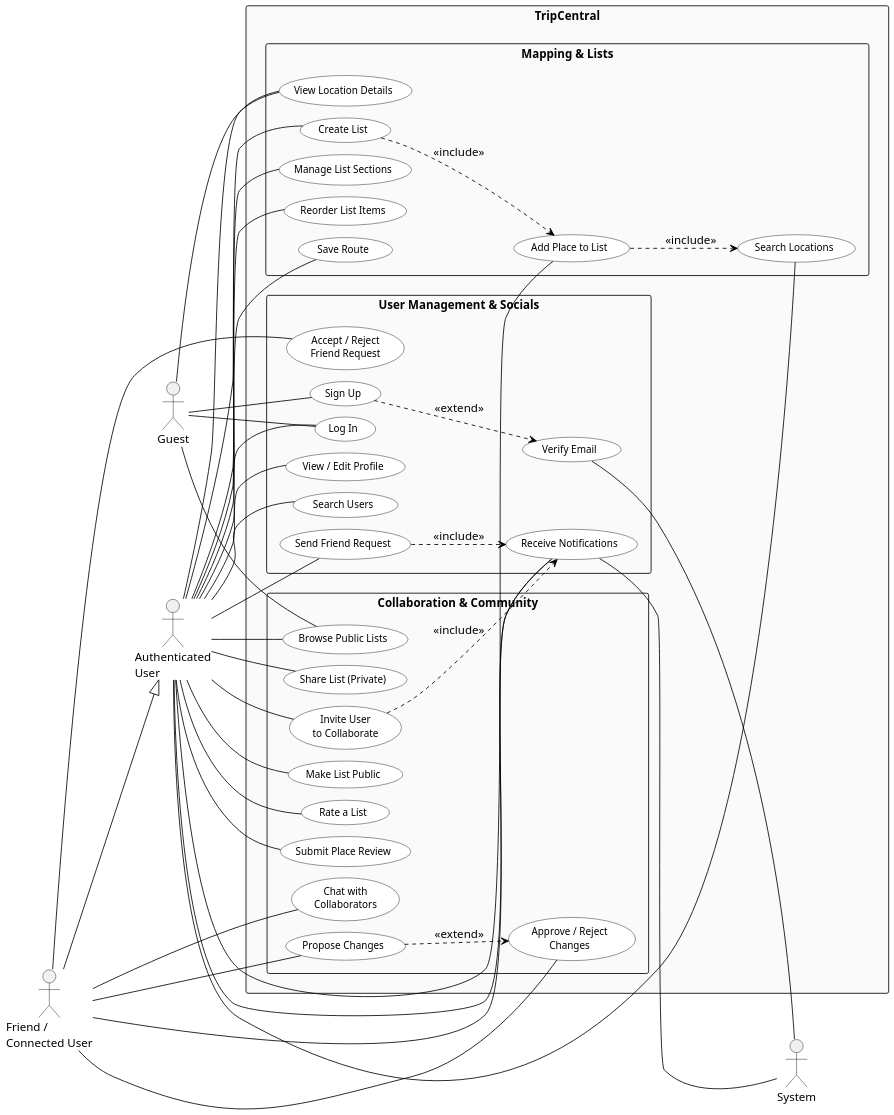
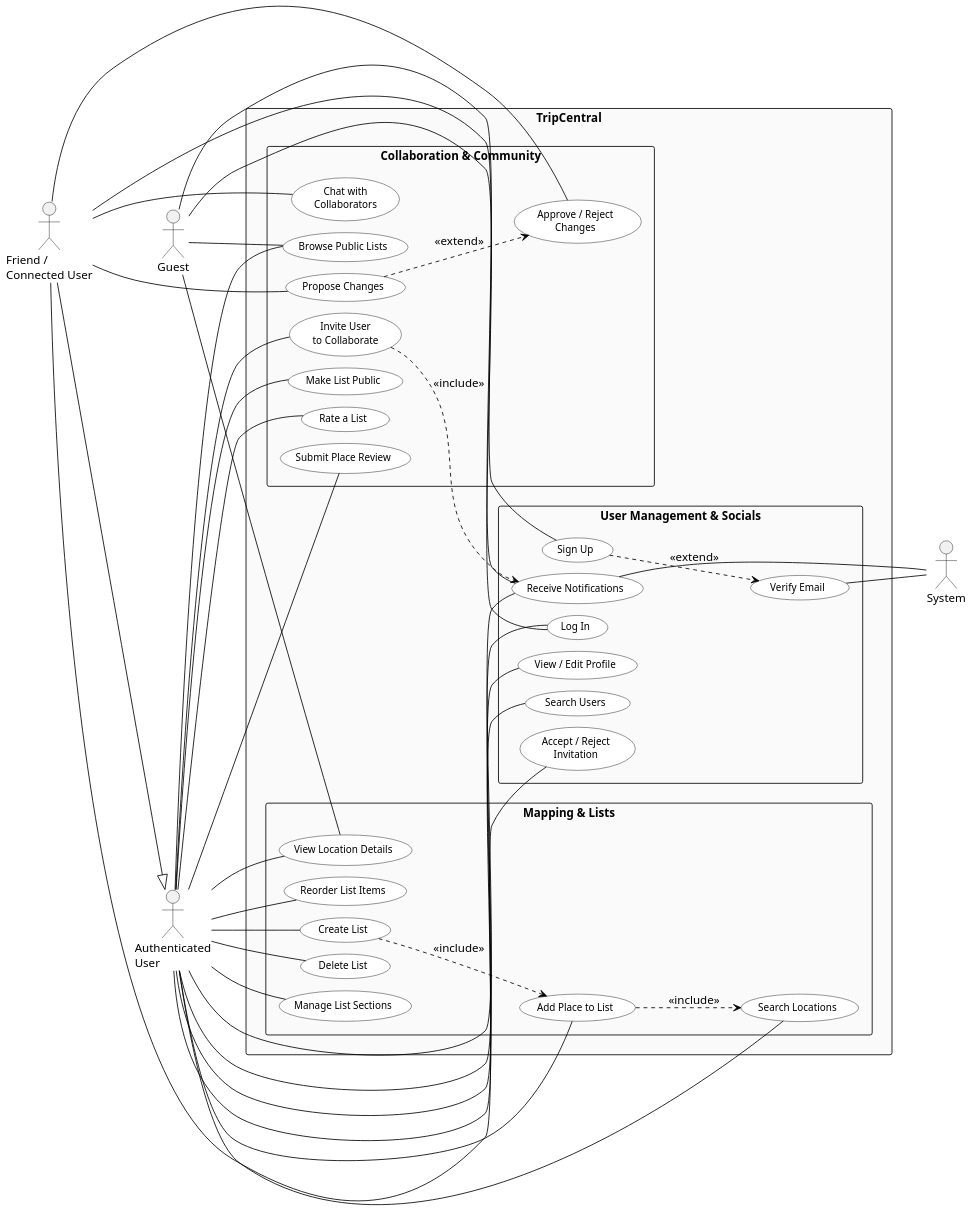
One commit to Rafee-M/TripCentral changed the diagram in docs/use-case-diagram.md. Above: the diagram before and after it, drawn with PlantUML. The commit also changed other lines of this file, not shown here.

Commit message:
Update use case diagram: delete Save Route, add Delete List, remove Send Friend Request and Share List (Private), rename to Accept/Reject Invitation

```diff
--- a/docs/use-case-diagram.md
+++ b/docs/use-case-diagram.md
@@ -105,8 +103,7 @@
     usecase "Verify Email" as UC3
     usecase "View / Edit Profile" as UC4
     usecase "Search Users" as UC5
-    usecase "Send Friend Request" as UC6
-    usecase "Accept / Reject\nFriend Request" as UC7
+    usecase "Accept / Reject\nInvitation" as UC7
     usecase "Receive Notifications" as UC8
   }
 
@@ -114,14 +111,13 @@
     usecase "Search Locations" as UC9
     usecase "View Location Details" as UC10
     usecase "Create List" as UC11
+    usecase "Delete List" as UC25
     usecase "Add Place to List" as UC12
     usecase "Manage List Sections" as UC13
     usecase "Reorder List Items" as UC14
-    usecase "Save Route" as UC15
   }
 
   package "Collaboration & Community" {
-    usecase "Share List (Private)" as UC16
     usecase "Invite User\nto Collaborate" as UC17
     usecase "Chat with\nCollaborators" as UC18
     usecase "Propose Changes" as UC19
@@ -148,16 +144,14 @@
 AuthUser -- UC2
 AuthUser -- UC4
 AuthUser -- UC5
-AuthUser -- UC6
 AuthUser -- UC8
 AuthUser -- UC9
 AuthUser -- UC10
 AuthUser -- UC11
+AuthUser -- UC25
 AuthUser -- UC12
 AuthUser -- UC13
 AuthUser -- UC14
-AuthUser -- UC15
-AuthUser -- UC16
 AuthUser -- UC17
 AuthUser -- UC21
 AuthUser -- UC22
@@ -179,7 +173,6 @@
 UC11 ..> UC12 : <<include>>
 UC12 ..> UC9  : <<include>>
 UC17 ..> UC8  : <<include>>
-UC6  ..> UC8  : <<include>>
 
 ' ── <<extend>> Relationships ──────────────────────────
 UC1  ..> UC3  : <<extend>>
```
